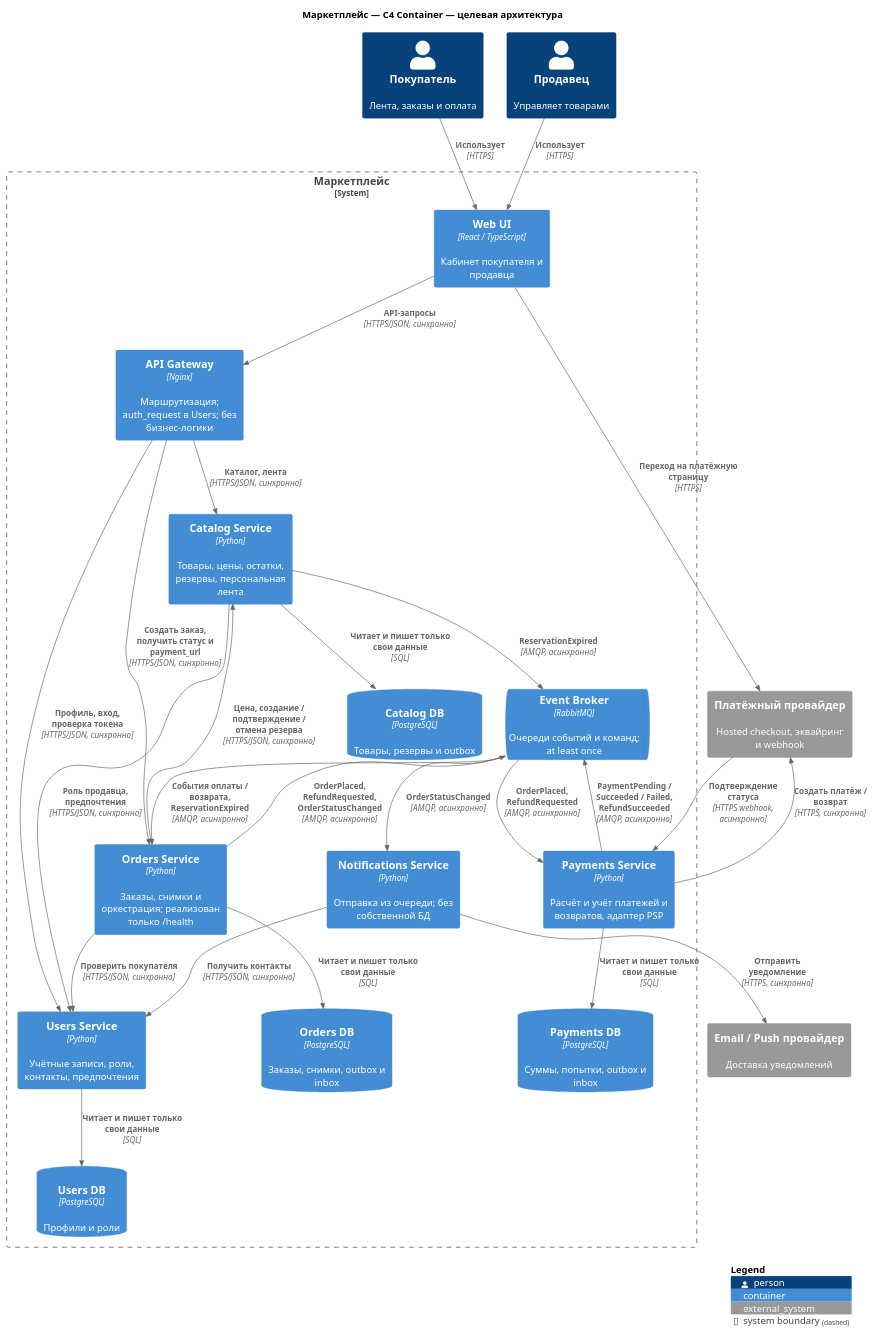
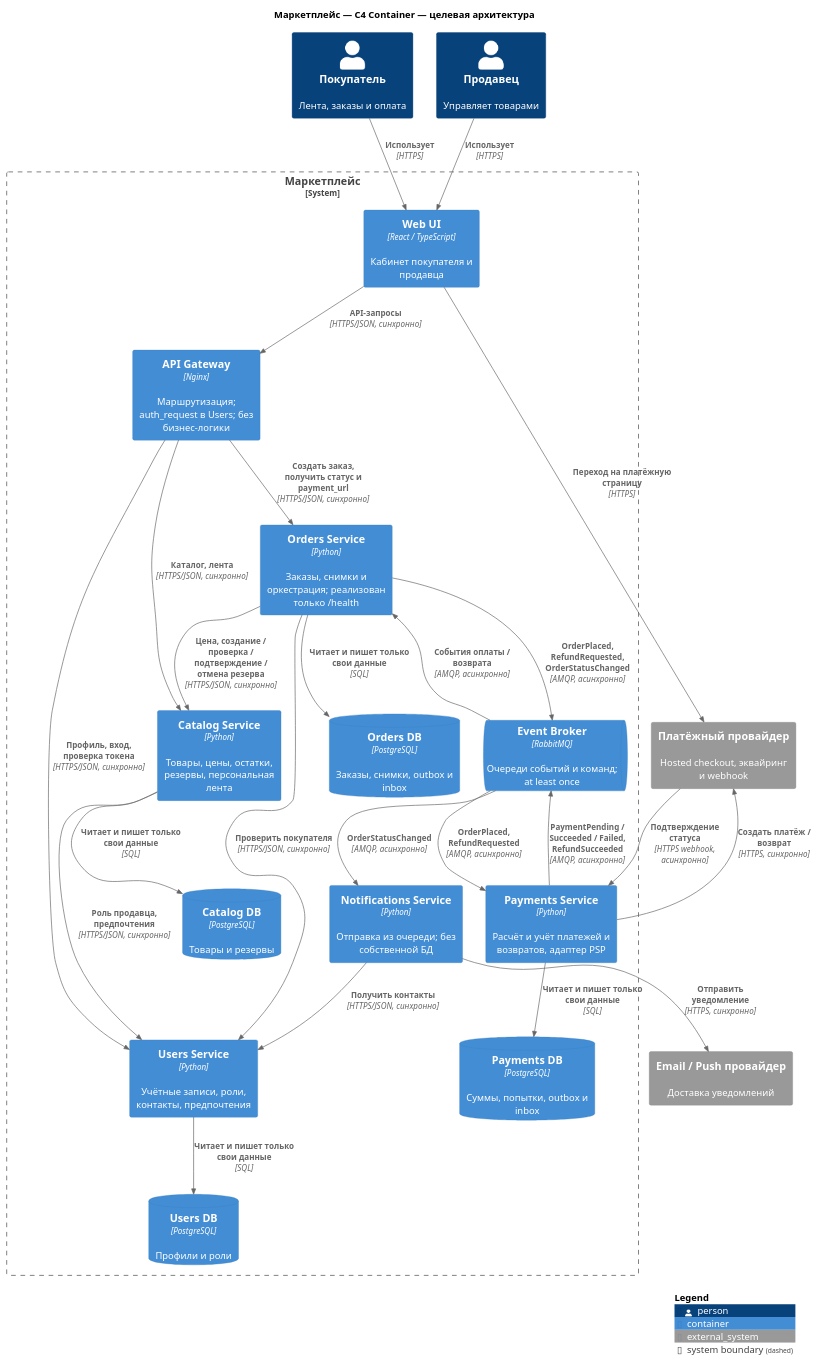
The diagram in 01_2_балла_Диаграмма/container.puml (buziness11/soa), drawn with PlantUML before and after one commit. The commit also changed 3 other files, not shown here.

Commit message:
Use direct HTTP for Catalog reservation checks

```diff
--- a/01_2_балла_Диаграмма/container.puml
+++ b/01_2_балла_Диаграмма/container.puml
@@ -1,48 +1,47 @@
 @startuml MarketplaceContainers
 !include <C4/C4_Container>
 LAYOUT_TOP_DOWN()
 title Маркетплейс — C4 Container — целевая архитектура
 Person(buyer, "Покупатель", "Лента, заказы и оплата")
 Person(seller, "Продавец", "Управляет товарами")
 System_Ext(psp, "Платёжный провайдер", "Hosted checkout, эквайринг и webhook")
 System_Ext(provider, "Email / Push провайдер", "Доставка уведомлений")
 System_Boundary(marketplace, "Маркетплейс") {
   Container(ui, "Web UI", "React / TypeScript", "Кабинет покупателя и продавца")
   Container(gateway, "API Gateway", "Nginx", "Маршрутизация; auth_request в Users; без бизнес-логики")
   Container(users, "Users Service", "Python", "Учётные записи, роли, контакты, предпочтения")
   Container(catalog, "Catalog Service", "Python", "Товары, цены, остатки, резервы, персональная лента")
   Container(orders, "Orders Service", "Python", "Заказы, снимки и оркестрация; реализован только /health")
   Container(payments, "Payments Service", "Python", "Расчёт и учёт платежей и возвратов, адаптер PSP")
   Container(notifications, "Notifications Service", "Python", "Отправка из очереди; без собственной БД")
   ContainerQueue(broker, "Event Broker", "RabbitMQ", "Очереди событий и команд; at least once")
   ContainerDb(usersdb, "Users DB", "PostgreSQL", "Профили и роли")
-  ContainerDb(catalogdb, "Catalog DB", "PostgreSQL", "Товары, резервы и outbox")
+  ContainerDb(catalogdb, "Catalog DB", "PostgreSQL", "Товары и резервы")
   ContainerDb(ordersdb, "Orders DB", "PostgreSQL", "Заказы, снимки, outbox и inbox")
   ContainerDb(paymentsdb, "Payments DB", "PostgreSQL", "Суммы, попытки, outbox и inbox")
 }
 Rel(buyer, ui, "Использует", "HTTPS")
 Rel(seller, ui, "Использует", "HTTPS")
 Rel(ui, gateway, "API-запросы", "HTTPS/JSON, синхронно")
 Rel(gateway, users, "Профиль, вход, проверка токена", "HTTPS/JSON, синхронно")
 Rel(gateway, catalog, "Каталог, лента", "HTTPS/JSON, синхронно")
 Rel(gateway, orders, "Создать заказ, получить статус и payment_url", "HTTPS/JSON, синхронно")
 Rel(catalog, users, "Роль продавца, предпочтения", "HTTPS/JSON, синхронно")
 Rel(orders, users, "Проверить покупателя", "HTTPS/JSON, синхронно")
-Rel(orders, catalog, "Цена, создание / подтверждение / отмена резерва", "HTTPS/JSON, синхронно")
+Rel(orders, catalog, "Цена, создание / проверка / подтверждение / отмена резерва", "HTTPS/JSON, синхронно")
 Rel(notifications, users, "Получить контакты", "HTTPS/JSON, синхронно")
 Rel(users, usersdb, "Читает и пишет только свои данные", "SQL")
 Rel(catalog, catalogdb, "Читает и пишет только свои данные", "SQL")
 Rel(orders, ordersdb, "Читает и пишет только свои данные", "SQL")
 Rel(payments, paymentsdb, "Читает и пишет только свои данные", "SQL")
 Rel(orders, broker, "OrderPlaced, RefundRequested, OrderStatusChanged", "AMQP, асинхронно")
 Rel(broker, payments, "OrderPlaced, RefundRequested", "AMQP, асинхронно")
 Rel(payments, broker, "PaymentPending / Succeeded / Failed, RefundSucceeded", "AMQP, асинхронно")
-Rel(catalog, broker, "ReservationExpired", "AMQP, асинхронно")
-Rel(broker, orders, "События оплаты / возврата, ReservationExpired", "AMQP, асинхронно")
+Rel(broker, orders, "События оплаты / возврата", "AMQP, асинхронно")
 Rel(broker, notifications, "OrderStatusChanged", "AMQP, асинхронно")
 Rel(payments, psp, "Создать платёж / возврат", "HTTPS, синхронно")
 Rel(psp, payments, "Подтверждение статуса", "HTTPS webhook, асинхронно")
 Rel(ui, psp, "Переход на платёжную страницу", "HTTPS")
 Rel(notifications, provider, "Отправить уведомление", "HTTPS, синхронно")
 SHOW_LEGEND()
 @enduml
```
